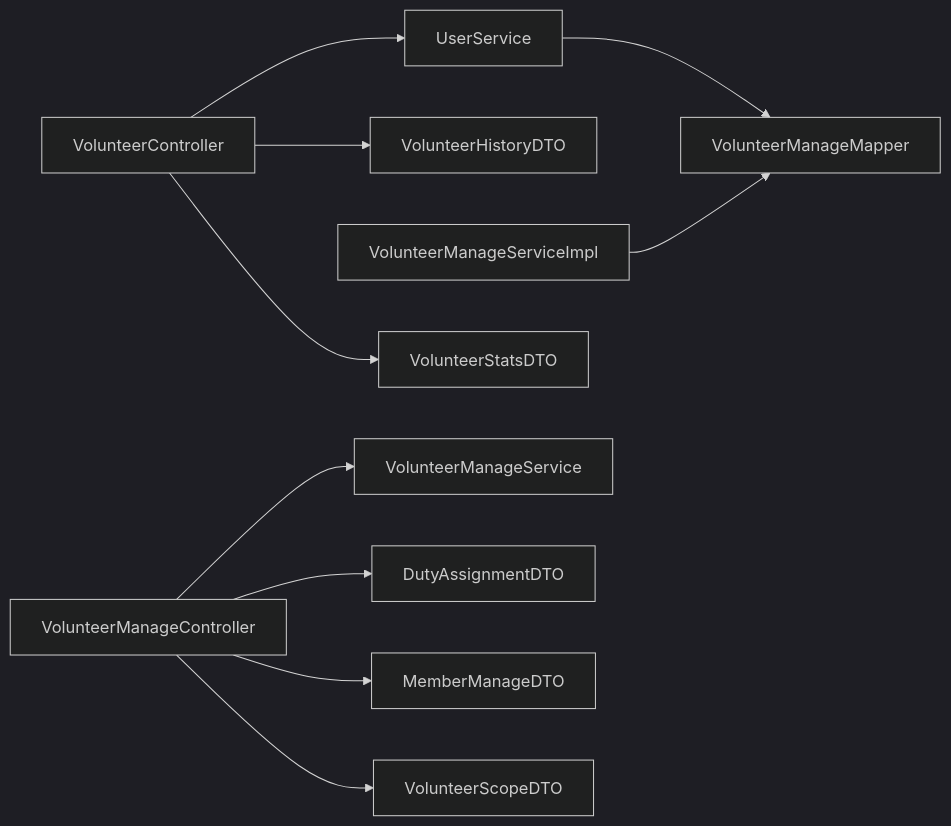
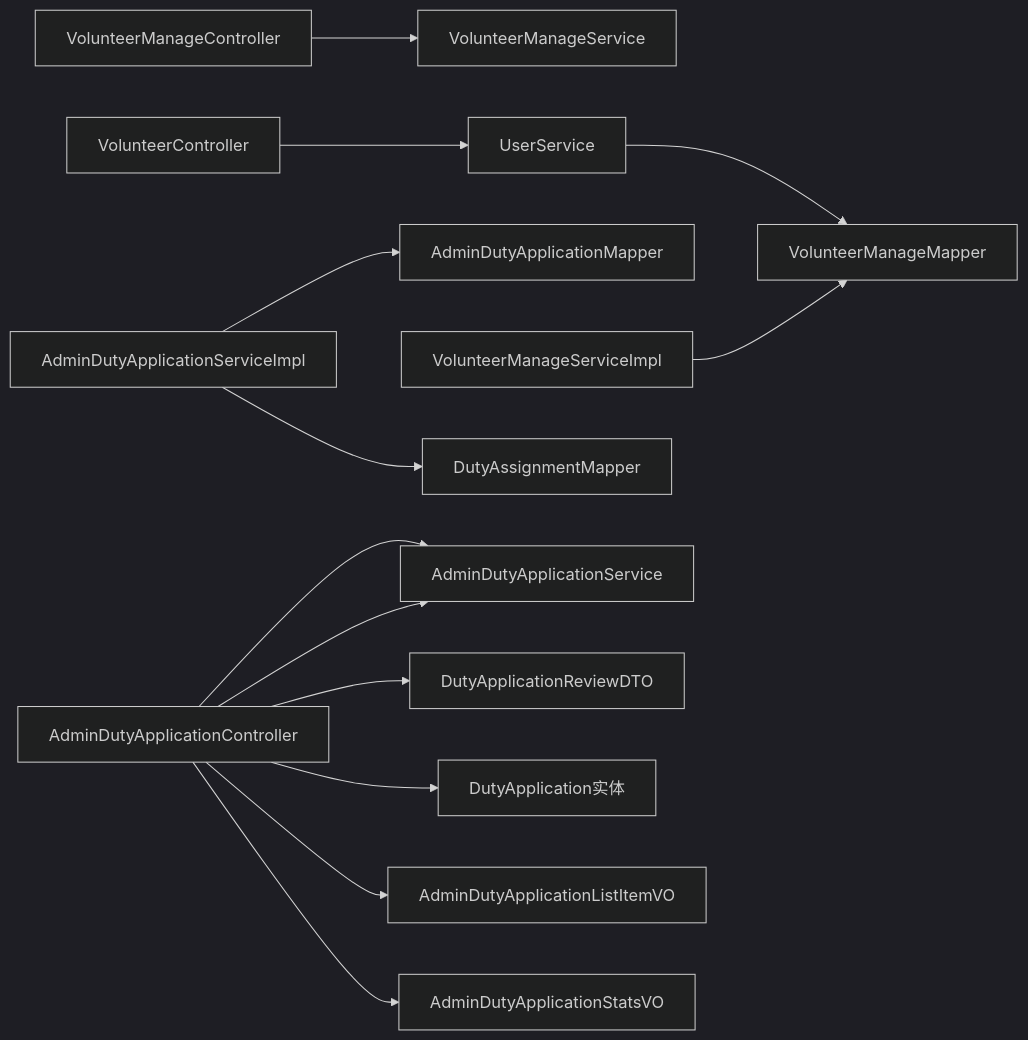
One commit to gaozihaowin/- changed the eighth of 8 diagrams in .qoder/repowiki/zh/content/志愿者管理模块/志愿者管理模块.md. Above: the diagram before and after it, drawn with Mermaid (dark theme). The commit also changed other lines of this file and 9 other files, not shown here.

````diff
--- a/.qoder/repowiki/zh/content/志愿者管理模块/志愿者管理模块.md
+++ b/.qoder/repowiki/zh/content/志愿者管理模块/志愿者管理模块.md
@@ -266,12 +436,15 @@
 ```mermaid
 graph LR
 VC["VolunteerController"] --> US["UserService"]
 VMC["VolunteerManageController"] --> VMS["VolunteerManageService"]
+ADC["AdminDutyApplicationController"] --> ADSI["AdminDutyApplicationService"]
 VMSImpl["VolunteerManageServiceImpl"] --> VMM["VolunteerManageMapper"]
+ADSIImpl["AdminDutyApplicationServiceImpl"] --> ADM["AdminDutyApplicationMapper"]
+ADSIImpl --> DAM["DutyAssignmentMapper"]
 US --> VMM
-VC --> VHD["VolunteerHistoryDTO"]
-VC --> VSD["VolunteerStatsDTO"]
-VMC --> DAD["DutyAssignmentDTO"]
-VMC --> MMD["MemberManageDTO"]
-VMC --> VSDTO["VolunteerScopeDTO"]
+ADC --> ADSI
+ADC --> DARD["DutyApplicationReviewDTO"]
+ADC --> DAE["DutyApplication实体"]
+ADC --> ADLVO["AdminDutyApplicationListItemVO"]
+ADC --> ADSV["AdminDutyApplicationStatsVO"]
 ```
````
